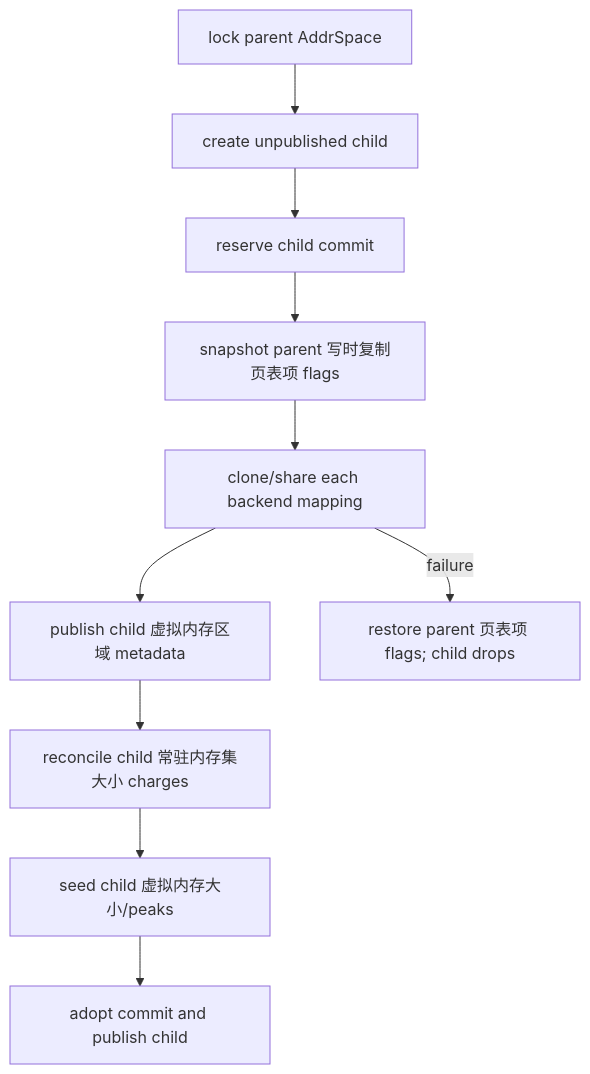
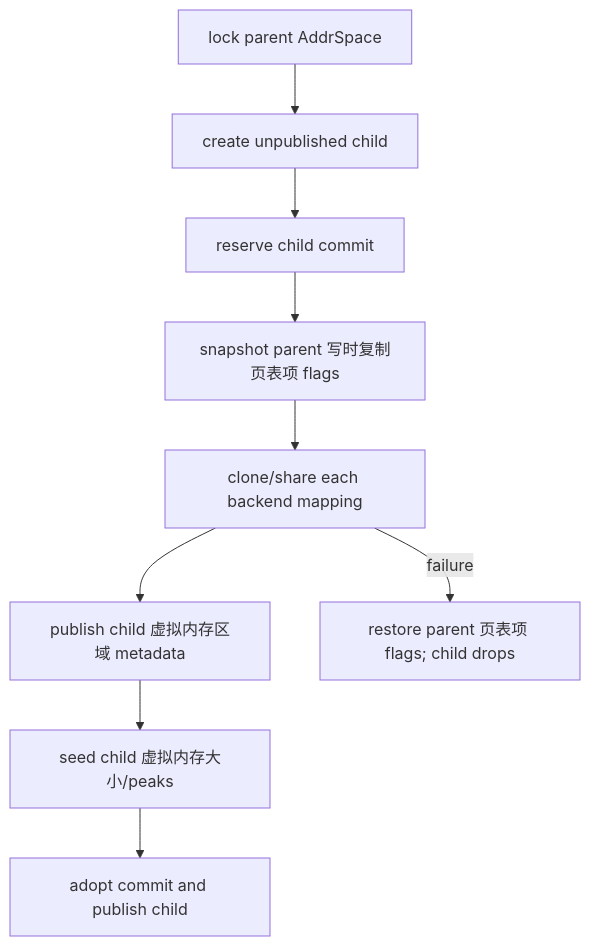
The second of 3 diagrams in docs/docs/architecture/memory/starry-mm.md (rcore-os/tgoskits), drawn with Mermaid before and after one commit. The commit also changed other lines of this file and 31 other files, not shown here.

````diff
--- a/docs/docs/architecture/memory/starry-mm.md
+++ b/docs/docs/architecture/memory/starry-mm.md
@@ -159,12 +159,11 @@
 ```mermaid
 flowchart TB
     Begin["lock parent AddrSpace"] --> Child["create unpublished child"]
     Child --> Charge["reserve child commit"]
     Charge --> Snapshot["snapshot parent 写时复制页表项 flags"]
     Snapshot --> Clone["clone/share each backend mapping"]
     Clone --> ChildMap["publish child 虚拟内存区域 metadata"]
-    ChildMap --> Reconcile["reconcile child 常驻内存集大小 charges"]
-    Reconcile --> Seed["seed child 虚拟内存大小/peaks"]
+    ChildMap --> Seed["seed child 虚拟内存大小/peaks"]
     Seed --> Adopt["adopt commit and publish child"]
     Clone -->|"failure"| Restore["restore parent 页表项 flags; child drops"]
 ```
````
